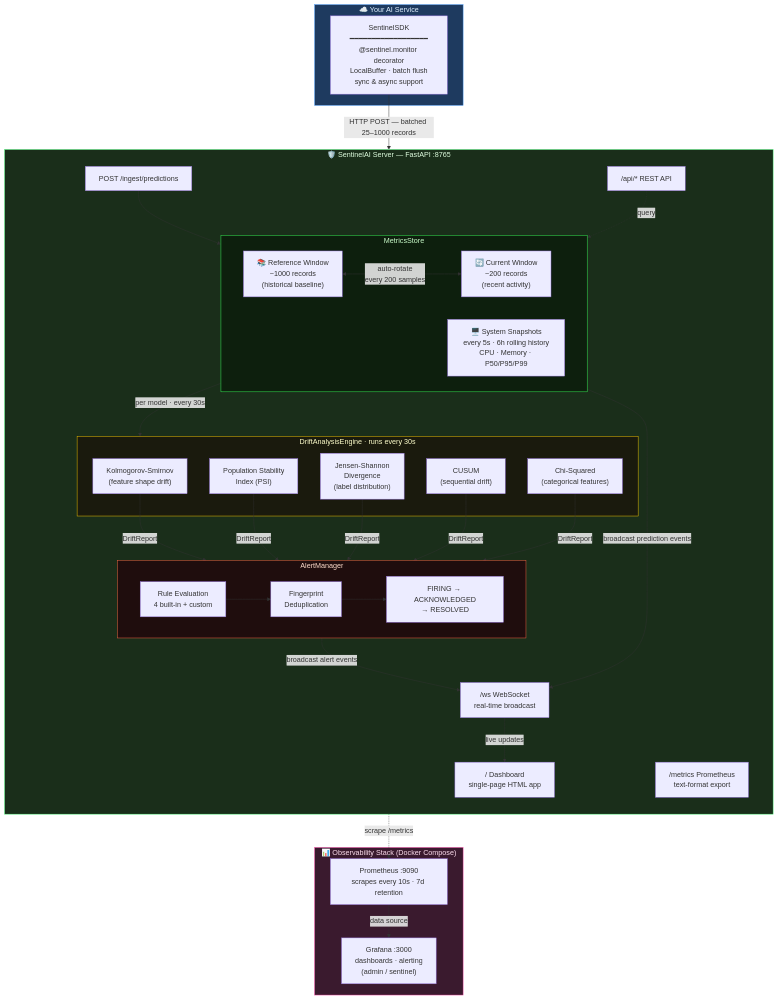
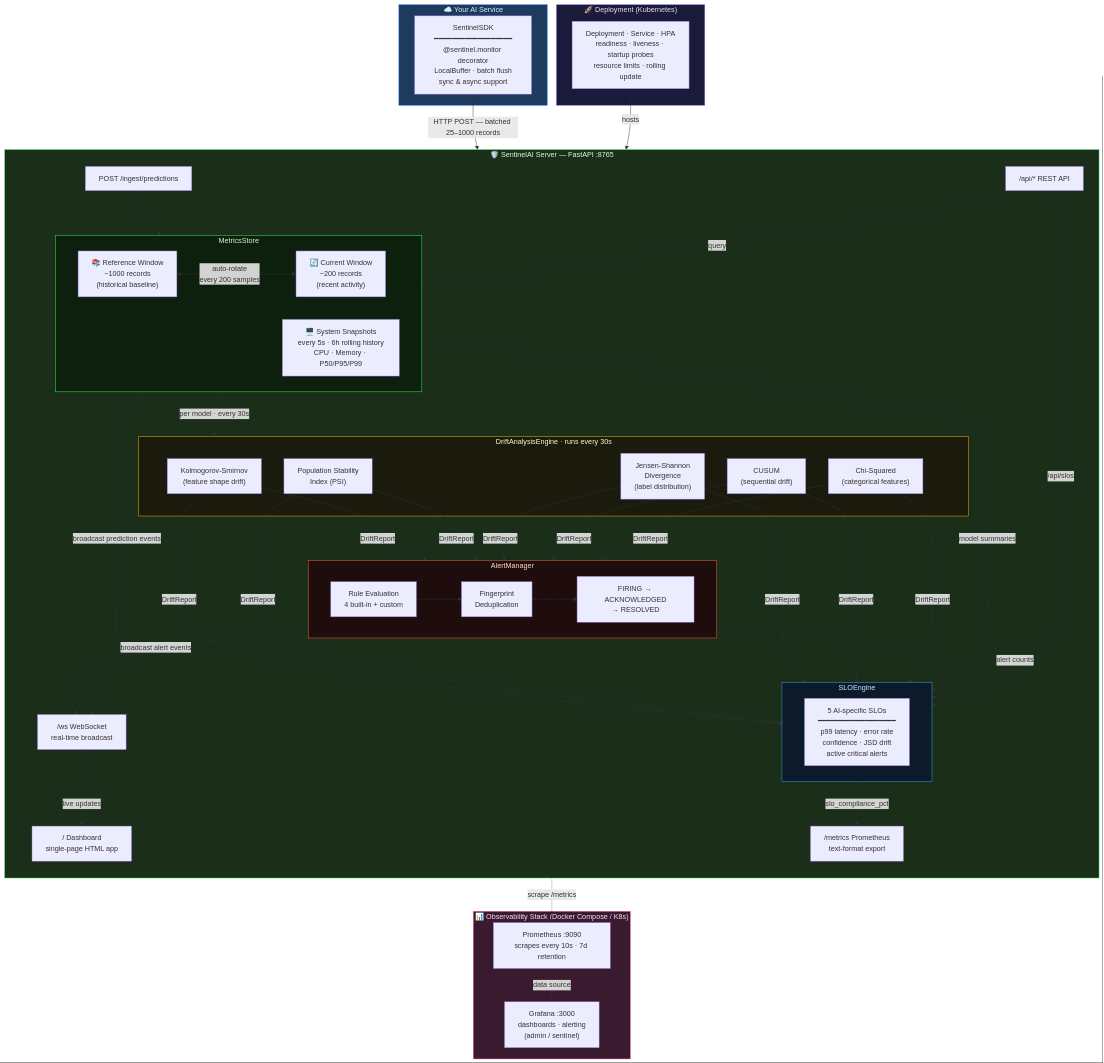
One commit to vinuthaprak/sentinel-ai changed the diagram in README.md. Above: the diagram before and after it, drawn with Mermaid.

Commit message:
add K8s manifests, SLO engine, and canary rollout demo

````diff
--- a/README.md
+++ b/README.md
@@ -55,61 +55,77 @@
 ```mermaid
 flowchart TD
     subgraph Client["☁️ Your AI Service"]
         SDK["SentinelSDK\n━━━━━━━━━━━━━━━━━━\n@sentinel.monitor decorator\nLocalBuffer · batch flush\nsync & async support"]
     end
 
     subgraph Server["🛡️ SentinelAI Server  —  FastAPI :8765"]
         direction TB
         Ingest["POST /ingest/predictions"]
 
         subgraph Store["MetricsStore"]
             RefWin["📚 Reference Window\n~1000 records\n(historical baseline)"]
             CurWin["🔄 Current Window\n~200 records\n(recent activity)"]
             SysSnap["🖥️ System Snapshots\nevery 5s · 6h rolling history\nCPU · Memory · P50/P95/P99"]
         end
 
         subgraph Drift["DriftAnalysisEngine  ·  runs every 30s"]
             KS["Kolmogorov-Smirnov\n(feature shape drift)"]
             PSI["Population Stability\nIndex (PSI)"]
             JSD["Jensen-Shannon\nDivergence\n(label distribution)"]
             CUSUM["CUSUM\n(sequential drift)"]
             Chi2["Chi-Squared\n(categorical features)"]
         end
 
         subgraph Alerts["AlertManager"]
             Rules["Rule Evaluation\n4 built-in + custom"]
             Dedup["Fingerprint\nDeduplication"]
             States["FIRING → ACKNOWLEDGED\n→ RESOLVED"]
         end
 
+        subgraph SLOs["SLOEngine"]
+            SLOD["5 AI-specific SLOs\n━━━━━━━━━━━━━━━━━━\np99 latency · error rate\nconfidence · JSD drift\nactive critical alerts"]
+        end
+
         WS["/ws  WebSocket\nreal-time broadcast"]
         REST["/api/*  REST API"]
         MetricsEP["/metrics  Prometheus\ntext-format export"]
         Dash["/ Dashboard\nsingle-page HTML app"]
     end
 
-    subgraph Obs["📊 Observability Stack  (Docker Compose)"]
+    subgraph Infra["🚀 Deployment  (Kubernetes)"]
+        K8s["Deployment · Service · HPA\nreadiness · liveness · startup probes\nresource limits · rolling update"]
+    end
+
+    subgraph Obs["📊 Observability Stack  (Docker Compose / K8s)"]
         Prom["Prometheus :9090\nscrapes every 10s · 7d retention"]
         Grafana["Grafana :3000\ndashboards · alerting\n(admin / sentinel)"]
     end
 
     SDK -->|"HTTP POST — batched 25–1000 records"| Ingest
     Ingest --> Store
     RefWin <-->|"auto-rotate\nevery 200 samples"| CurWin
     Store -->|"per model · every 30s"| Drift
     KS & PSI & JSD & CUSUM & Chi2 -->|DriftReport| Alerts
+    KS & PSI & JSD & CUSUM & Chi2 -->|DriftReport| SLOs
     Rules --> Dedup --> States
+    Store -->|"model summaries"| SLOs
+    Alerts -->|"alert counts"| SLOs
     Alerts -->|"broadcast alert events"| WS
     Store -->|"broadcast prediction events"| WS
     WS -->|"live updates"| Dash
     REST -.->|"query"| Store
+    REST -.->|"/api/slos"| SLOs
+    SLOs -->|"slo_compliance_pct"| MetricsEP
     MetricsEP -.->|"scrape /metrics"| Prom
     Prom -->|"data source"| Grafana
+    K8s -->|"hosts"| Server
 
     style Client fill:#1e3a5f,stroke:#4a9eff,color:#e0f0ff
     style Server fill:#1a2e1a,stroke:#4aff7a,color:#e0ffe0
     style Obs fill:#3a1a2e,stroke:#ff4aaa,color:#ffe0f0
+    style Infra fill:#1a1a3a,stroke:#aa88ff,color:#eeddff
     style Store fill:#0d1f0d,stroke:#3aff5a,color:#ccffcc
     style Drift fill:#1a1a0d,stroke:#ffcc00,color:#ffffcc
     style Alerts fill:#1f0d0d,stroke:#ff6644,color:#ffddcc
+    style SLOs fill:#0d1a2a,stroke:#44aaff,color:#cce8ff
 ```
````
